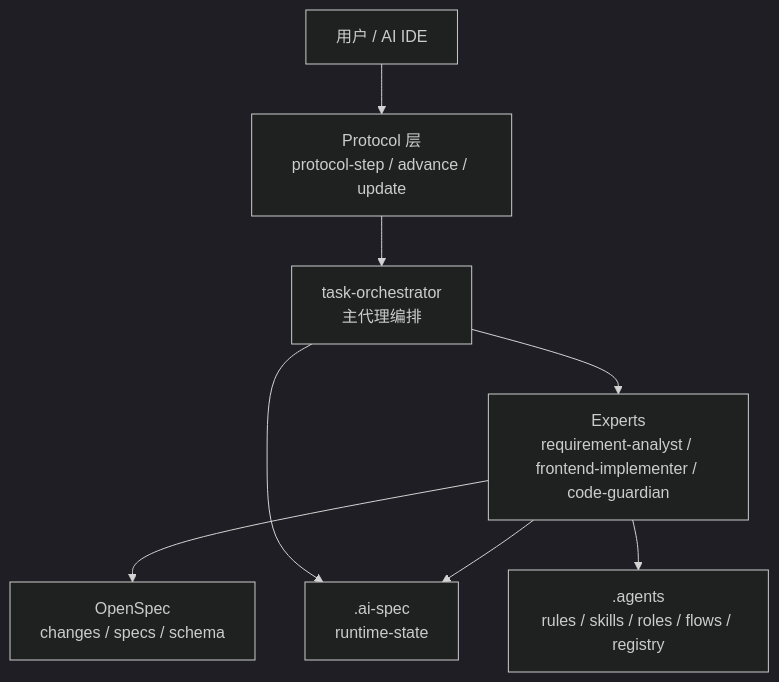
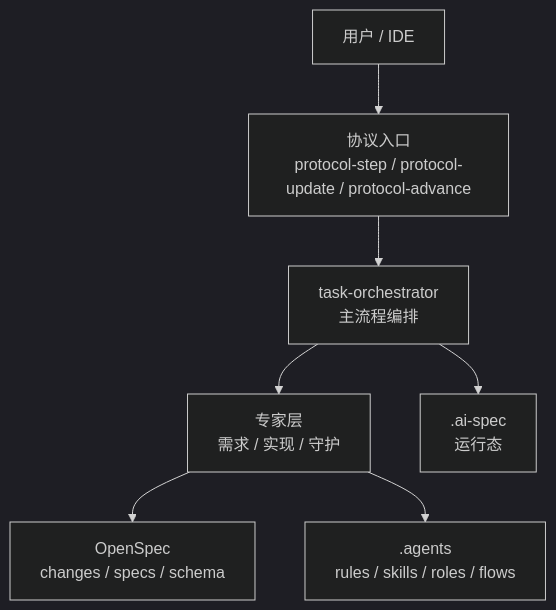
The diagram in docs/paser_three/项目介绍与运行机制说明.md (Colouful/br-ai-spec), drawn with Mermaid (dark theme) before and after one commit. The commit also changed other lines of this file and 80 other files, not shown here.

````diff
--- a/docs/paser_three/项目介绍与运行机制说明.md
+++ b/docs/paser_three/项目介绍与运行机制说明.md
@@ -101,10 +131,9 @@
 ```mermaid
 flowchart TB
-  U["用户 / AI IDE"] --> P["Protocol 层<br/>protocol-step / advance / update"]
-  P --> O["task-orchestrator<br/>主代理编排"]
-  O --> E["Experts<br/>requirement-analyst / frontend-implementer / code-guardian"]
+  U["用户 / IDE"] --> P["协议入口<br/>protocol-step / protocol-update / protocol-advance"]
+  P --> O["task-orchestrator<br/>主流程编排"]
+  O --> E["专家层<br/>需求 / 实现 / 守护"]
   E --> S["OpenSpec<br/>changes / specs / schema"]
-  O --> R[".ai-spec<br/>runtime-state"]
-  E --> R
-  E --> A[".agents<br/>rules / skills / roles / flows / registry"]
+  O --> R[".ai-spec<br/>运行态"]
+  E --> A[".agents<br/>rules / skills / roles / flows"]
 ```
````
